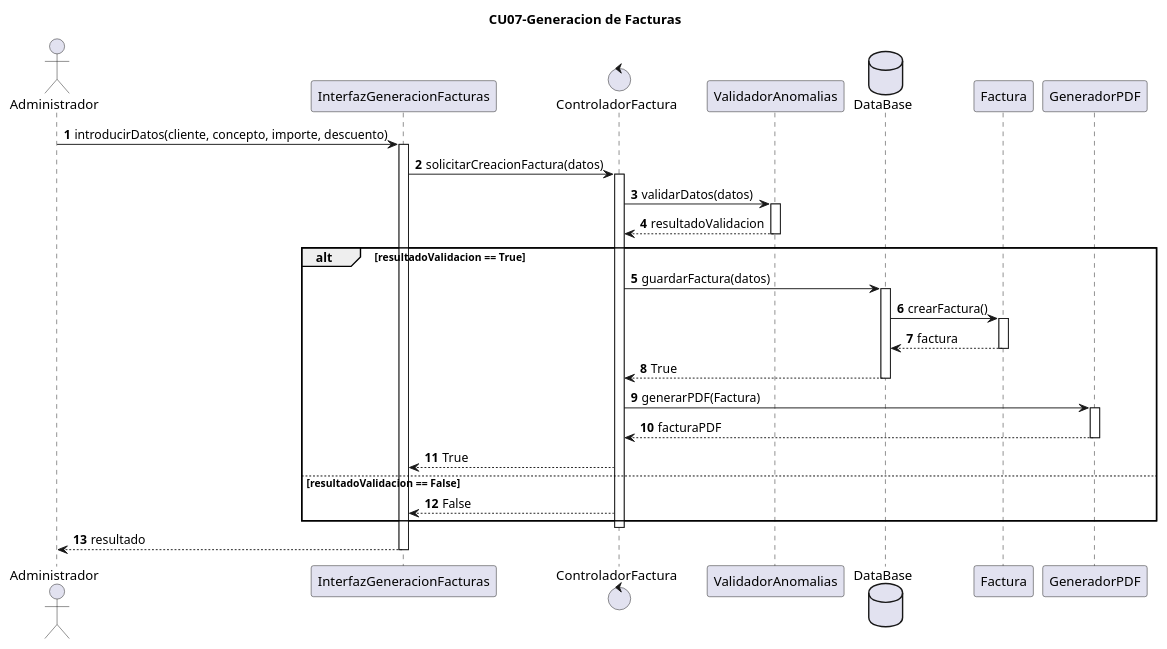
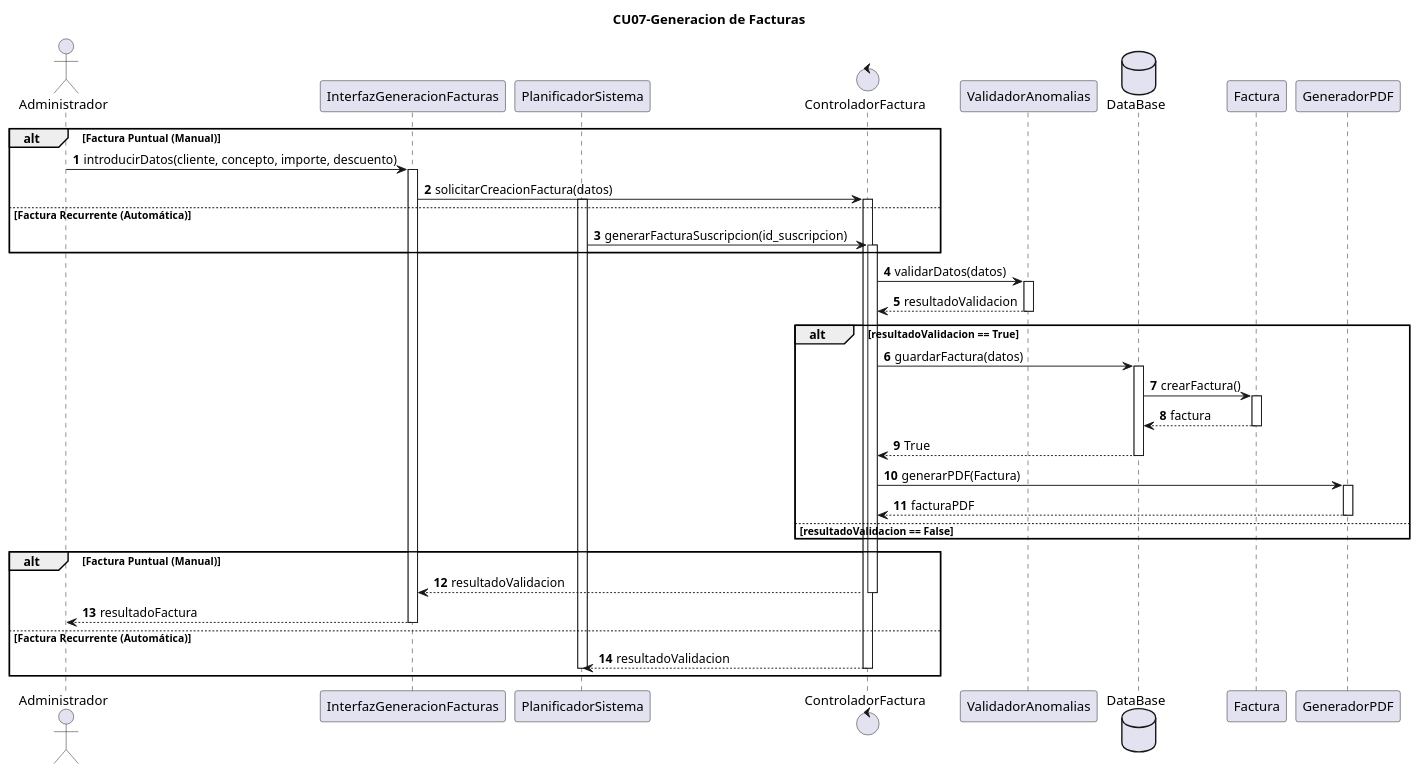
One commit to sandrardguezz/trabajo-ada changed the diagram in Diagramas/DiagramasSecuencia/CU07/DiagramaSecuencia.puml. Above: the diagram before and after it, drawn with PlantUML.

Commit message:
Update sequence diagram for CU07 invoice generation

```diff
--- a/Diagramas/DiagramasSecuencia/CU07/DiagramaSecuencia.puml
+++ b/Diagramas/DiagramasSecuencia/CU07/DiagramaSecuencia.puml
@@ -1,49 +1,59 @@
 @startuml
 title CU07-Generacion de Facturas
 autonumber
 actor Administrador as admin
 participant InterfazGeneracionFacturas as interfaz
+participant PlanificadorSistema as sistema
 control ControladorFactura as controlador
 participant ValidadorAnomalias as validar
 database DataBase as database
 participant Factura
 participant GeneradorPDF as PDF
 
-admin -> interfaz: introducirDatos(cliente, concepto, importe, descuento)
-activate interfaz
-
-interfaz -> controlador: solicitarCreacionFactura(datos)
-activate controlador
+alt Factura Puntual (Manual)
+    admin -> interfaz: introducirDatos(cliente, concepto, importe, descuento)
+    activate interfaz
+    interfaz -> controlador: solicitarCreacionFactura(datos)
+    activate controlador
+else Factura Recurrente (Automática)
+    activate sistema
+    sistema -> controlador: generarFacturaSuscripcion(id_suscripcion)
+    activate controlador
+end
 
 controlador -> validar: validarDatos(datos)
 activate validar
 validar --> controlador: resultadoValidacion
 deactivate validar
 
 alt resultadoValidacion == True
    controlador -> database: guardarFactura(datos)
    activate database
    database -> Factura: crearFactura()
    activate Factura
    Factura --> database: factura
    deactivate Factura
    database --> controlador: True
    deactivate database
+
    controlador -> PDF: generarPDF(Factura) 
    activate PDF
    PDF --> controlador: facturaPDF
    deactivate PDF
-   controlador --> interfaz: True
-else resultadoValidacion == False
-   controlador --> interfaz: False
+else resultadoValidacion == False 
 'Ha habido un fallo, ya que ha detectado anomalías' 
 end  
 
-
-deactivate controlador
-
-interfaz --> admin: resultado
-deactivate interfaz
+alt Factura Puntual (Manual)
+    controlador --> interfaz: resultadoValidacion
+    deactivate controlador
+    interfaz --> admin: resultadoFactura
+    deactivate interfaz
+else Factura Recurrente (Automática)
+    controlador --> sistema: resultadoValidacion
+    deactivate controlador
+    deactivate sistema
+end
 
 
 @enduml
```
